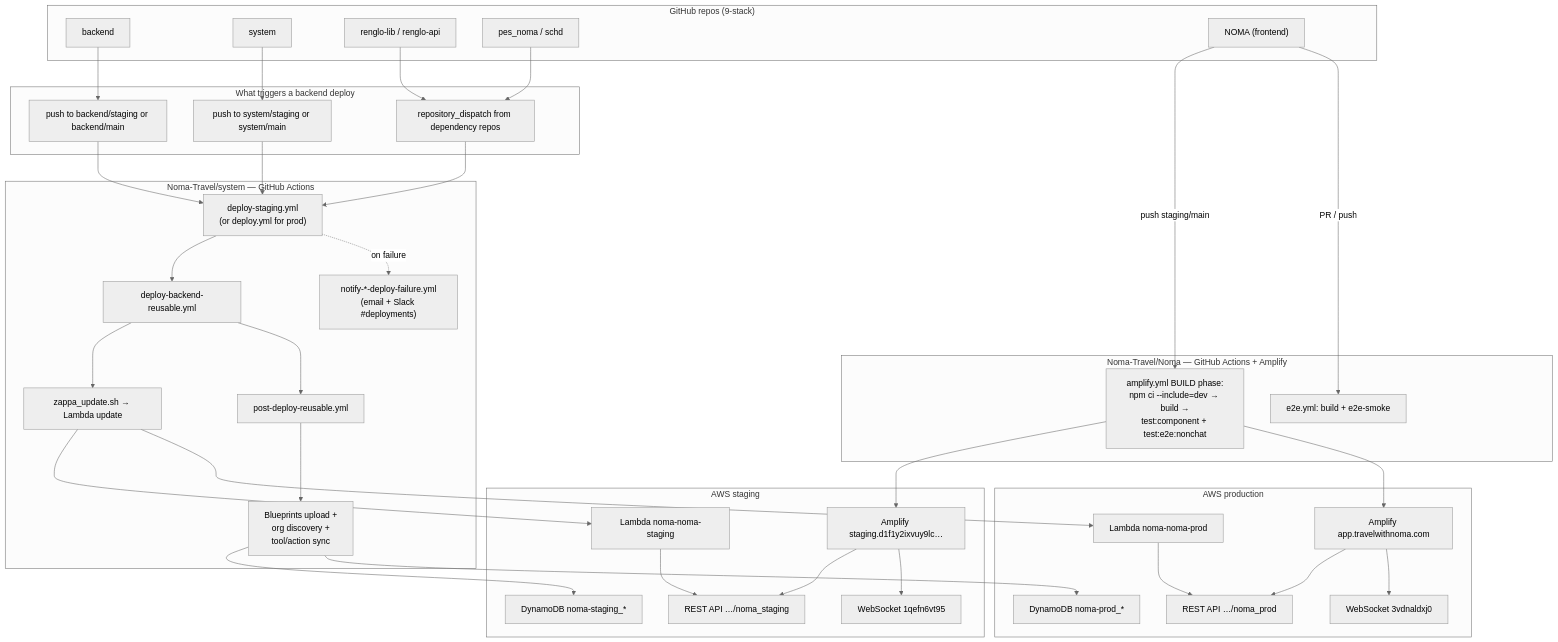
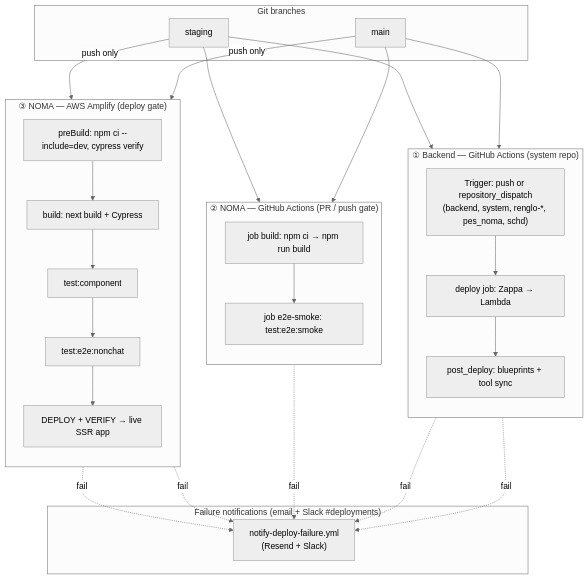
One commit to Noma-Travel/system changed the first of 7 diagrams in CI_CD_FLOWCHART.md. Above: the diagram before and after it, drawn with Mermaid (neutral theme). The commit also changed other lines of this file, not shown here.

Commit message:
docs: clarify CI/CD flowchart — frontend paths, explicit test steps, failure notify

````diff
--- a/CI_CD_FLOWCHART.md
+++ b/CI_CD_FLOWCHART.md
@@ -38,75 +13,49 @@
 ```mermaid
 flowchart TB
-  subgraph repos["GitHub repos (9-stack)"]
-    R1["backend"]
-    R2["system"]
-    R3["renglo-lib / renglo-api"]
-    R4["pes_noma / schd"]
-    R5["NOMA (frontend)"]
+  subgraph git["Git branches"]
+    STG["staging"]
+    MAIN["main"]
   end
 
-  subgraph triggers["What triggers a backend deploy"]
-    T1["push to system/staging or system/main"]
-    T2["push to backend/staging or backend/main"]
-    T3["repository_dispatch from dependency repos"]
+  subgraph backend["① Backend — GitHub Actions (system repo)"]
+    direction TB
+    B_TRIG["Trigger: push or repository_dispatch\n(backend, system, renglo-*, pes_noma, schd)"]
+    B_DEPLOY["deploy job: Zappa → Lambda"]
+    B_POST["post_deploy: blueprints + tool sync"]
+    B_TRIG --> B_DEPLOY --> B_POST
   end
 
-  subgraph system_ci["Noma-Travel/system — GitHub Actions"]
-    DS["deploy-staging.yml\n(or deploy.yml for prod)"]
-    REUSE["deploy-backend-reusable.yml"]
-    ZAPPA["zappa_update.sh → Lambda update"]
-    PD["post-deploy-reusable.yml"]
-    SYNC["Blueprints upload +\norg discovery +\ntool/action sync"]
-    NOTIFY["notify-*-deploy-failure.yml\n(email + Slack #deployments)"]
+  subgraph frontend_gha["② NOMA — GitHub Actions (PR / push gate)"]
+    direction TB
+    F_BUILD["job build: npm ci → npm run build"]
+    F_SMOKE["job e2e-smoke: test:e2e:smoke"]
+    F_BUILD --> F_SMOKE
   end
 
-  subgraph aws_staging["AWS staging"]
-    L_STG["Lambda noma-noma-staging"]
-    API_STG["REST API …/noma_staging"]
-    WS_STG["WebSocket 1qefn6vt95"]
-    DDB_STG["DynamoDB noma-staging_*"]
-    AMP_STG["Amplify staging.d1f1y2ixvuy9lc…"]
+  subgraph frontend_amp["③ NOMA — AWS Amplify (deploy gate)"]
+    direction TB
+    A_PRE["preBuild: npm ci --include=dev, cypress verify"]
+    A_BUILD["build: next build + Cypress"]
+    A_COMP["test:component"]
+    A_E2E["test:e2e:nonchat"]
+    A_DEPLOY["DEPLOY + VERIFY → live SSR app"]
+    A_PRE --> A_BUILD --> A_COMP --> A_E2E --> A_DEPLOY
   end
 
-  subgraph aws_prod["AWS production"]
-    L_PROD["Lambda noma-noma-prod"]
-    API_PROD["REST API …/noma_prod"]
-    WS_PROD["WebSocket 3vdnaldxj0"]
-    DDB_PROD["DynamoDB noma-prod_*"]
-    AMP_PROD["Amplify app.travelwithnoma.com"]
+  subgraph notify["Failure notifications (email + Slack #deployments)"]
+    N["notify-deploy-failure.yml\n(Resend + Slack)"]
   end
 
-  subgraph frontend_ci["Noma-Travel/Noma — GitHub Actions + Amplify"]
-    GHA["e2e.yml: build + e2e-smoke"]
-    AMP_BUILD["amplify.yml BUILD phase:\nnpm ci --include=dev → build →\ntest:component + test:e2e:nonchat"]
-  end
+  STG --> backend
+  MAIN --> backend
+  STG --> frontend_gha
+  MAIN --> frontend_gha
+  STG -->|"push only"| frontend_amp
+  MAIN -->|"push only"| frontend_amp
 
-  R2 --> T1
-  R1 --> T2
-  R3 --> T3
-  R4 --> T3
-
-  T1 --> DS
-  T2 --> DS
-  T3 --> DS
-
-  DS --> REUSE --> ZAPPA
-  ZAPPA --> L_STG
-  ZAPPA --> L_PROD
-  REUSE --> PD --> SYNC
-  SYNC --> DDB_STG
-  SYNC --> DDB_PROD
-  DS -.->|"on failure"| NOTIFY
-
-  R5 -->|"push staging/main"| AMP_BUILD
-  R5 -->|"PR / push"| GHA
-  AMP_BUILD --> AMP_STG
-  AMP_BUILD --> AMP_PROD
-
-  AMP_STG --> API_STG
-  AMP_STG --> WS_STG
-  AMP_PROD --> API_PROD
-  AMP_PROD --> WS_PROD
-  L_STG --> API_STG
-  L_PROD --> API_PROD
+  B_DEPLOY -.->|fail| N
+  B_POST -.->|fail| N
+  F_SMOKE -.->|fail| N
+  A_E2E -.->|fail| N
+  A_DEPLOY -.->|fail| N
 ```
````
